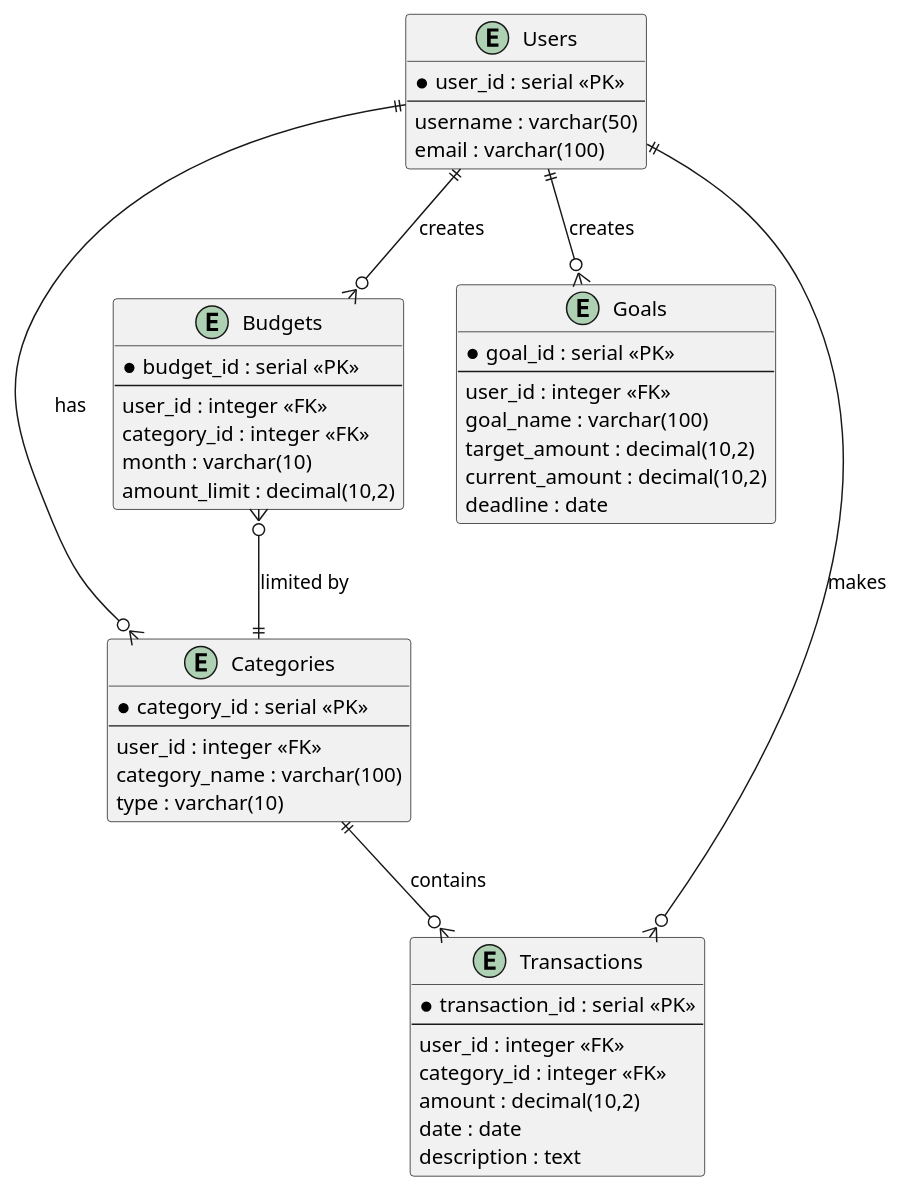
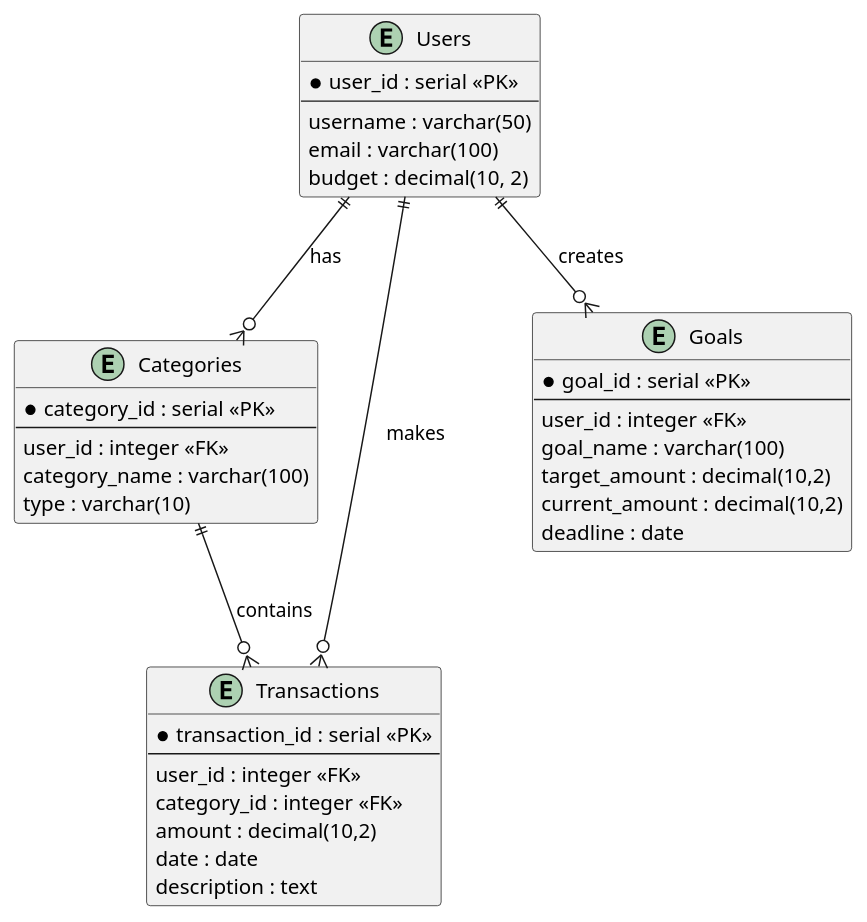
Before and after one commit to Edward-Leopold/db: the diagram in lab1/sheme.puml, drawn with PlantUML. The commit also changed 1 other file, not shown here.

```diff
--- a/lab1/sheme.puml
+++ b/lab1/sheme.puml
@@ -1,54 +1,44 @@
 @startuml
 ' Entities
 entity Users {
   * user_id : serial <<PK>>
   --
   username : varchar(50)
   email : varchar(100)
+  budget : decimal(10, 2)
 }
 
 entity Categories {
   * category_id : serial <<PK>>
   --
   user_id : integer <<FK>>
   category_name : varchar(100)
   type : varchar(10)
 }
 
 entity Transactions {
   * transaction_id : serial <<PK>>
   --
   user_id : integer <<FK>>
   category_id : integer <<FK>>
   amount : decimal(10,2)
   date : date
   description : text
 }
 
 entity Goals {
   * goal_id : serial <<PK>>
   --
   user_id : integer <<FK>>
   goal_name : varchar(100)
   target_amount : decimal(10,2)
   current_amount : decimal(10,2)
   deadline : date
 }
 
-entity Budgets {
-  * budget_id : serial <<PK>>
-  --
-  user_id : integer <<FK>>
-  category_id : integer <<FK>>
-  month : varchar(10)
-  amount_limit : decimal(10,2)
-}
-
 ' Relationships (бюджет не выносить)
 Users ||--o{ Categories : "has"
 Users ||--o{ Transactions : "makes"
 Users ||--o{ Goals : "creates"
-Users ||--o{ Budgets : "creates"
 Categories ||--o{ Transactions : "contains"
-Budgets }o--|| Categories : "limited by"
 @enduml
```
